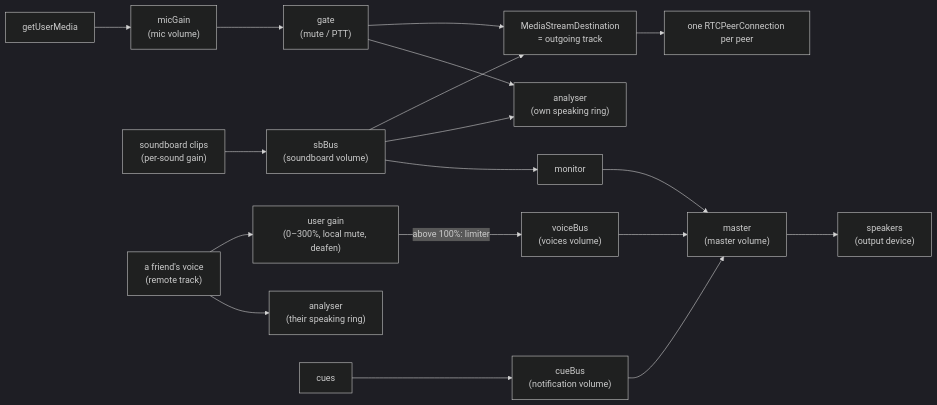
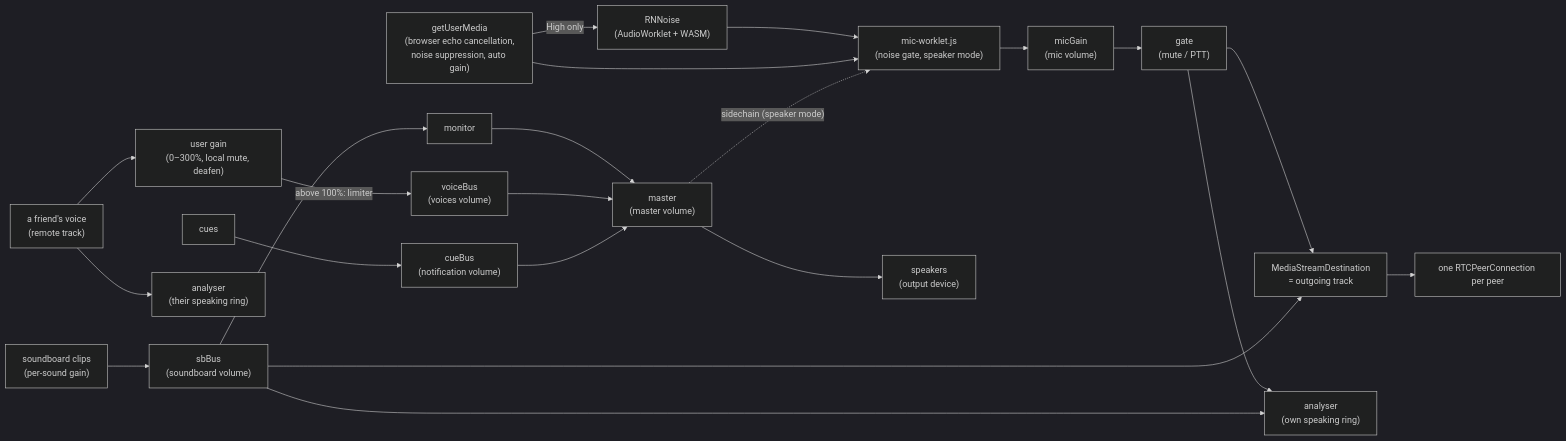
The second of 2 diagrams in docs/ARCHITECTURE.md (nickolaiposs/friendspeak), drawn with Mermaid (dark theme) before and after one commit. The commit also changed other lines of this file and 13 other files, not shown here.

First line of the commit message:
Add RNNoise noise reduction, a noise gate with a level display, and speaker mode

````diff
--- a/docs/ARCHITECTURE.md
+++ b/docs/ARCHITECTURE.md
@@ -315,15 +315,18 @@
 ```mermaid
 flowchart LR
-  Mic["getUserMedia"] --> MicGain["micGain<br/>(mic volume)"] --> Gate["gate<br/>(mute / PTT)"]
+  Mic["getUserMedia<br/>(browser echo cancellation,<br/>noise suppression, auto gain)"] -- "High only" --> RNN["RNNoise<br/>(AudioWorklet + WASM)"] --> NG["mic-worklet.js<br/>(noise gate, speaker mode)"]
+  Mic --> NG
+  NG --> MicGain["micGain<br/>(mic volume)"] --> Gate["gate<br/>(mute / PTT)"]
   Gate --> Out["MediaStreamDestination<br/>= outgoing track"]
   Gate --> SelfA["analyser<br/>(own speaking ring)"]
   SB["soundboard clips<br/>(per-sound gain)"] --> Bus["sbBus<br/>(soundboard volume)"]
   Bus --> Out
   Bus --> SelfA
   Bus --> Mon["monitor"] --> Master["master<br/>(master volume)"] --> Speakers["speakers<br/>(output device)"]
   Out --> PCs["one RTCPeerConnection per peer"]
   Remote["a friend's voice<br/>(remote track)"] --> UserGain["user gain<br/>(0–300%, local mute, deafen)"]
   Remote --> PeerA["analyser<br/>(their speaking ring)"]
   UserGain -- "above 100%: limiter" --> VoiceBus["voiceBus<br/>(voices volume)"] --> Master
   Cues["cues"] --> CueBus["cueBus<br/>(notification volume)"] --> Master
+  Master -. "sidechain (speaker mode)" .-> NG
 ```
````
